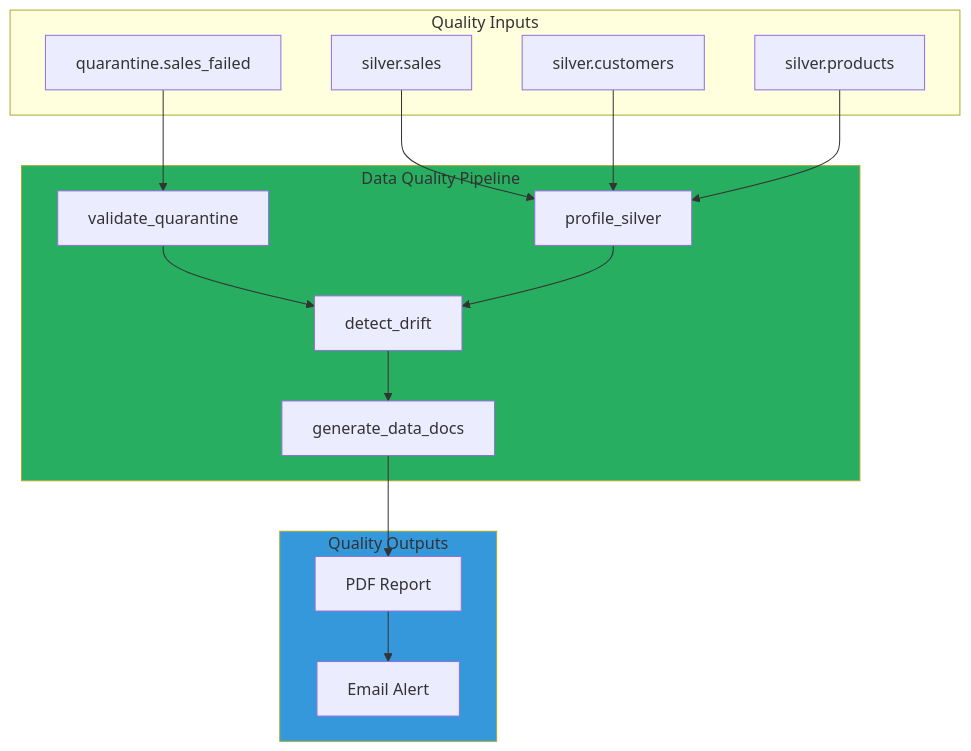
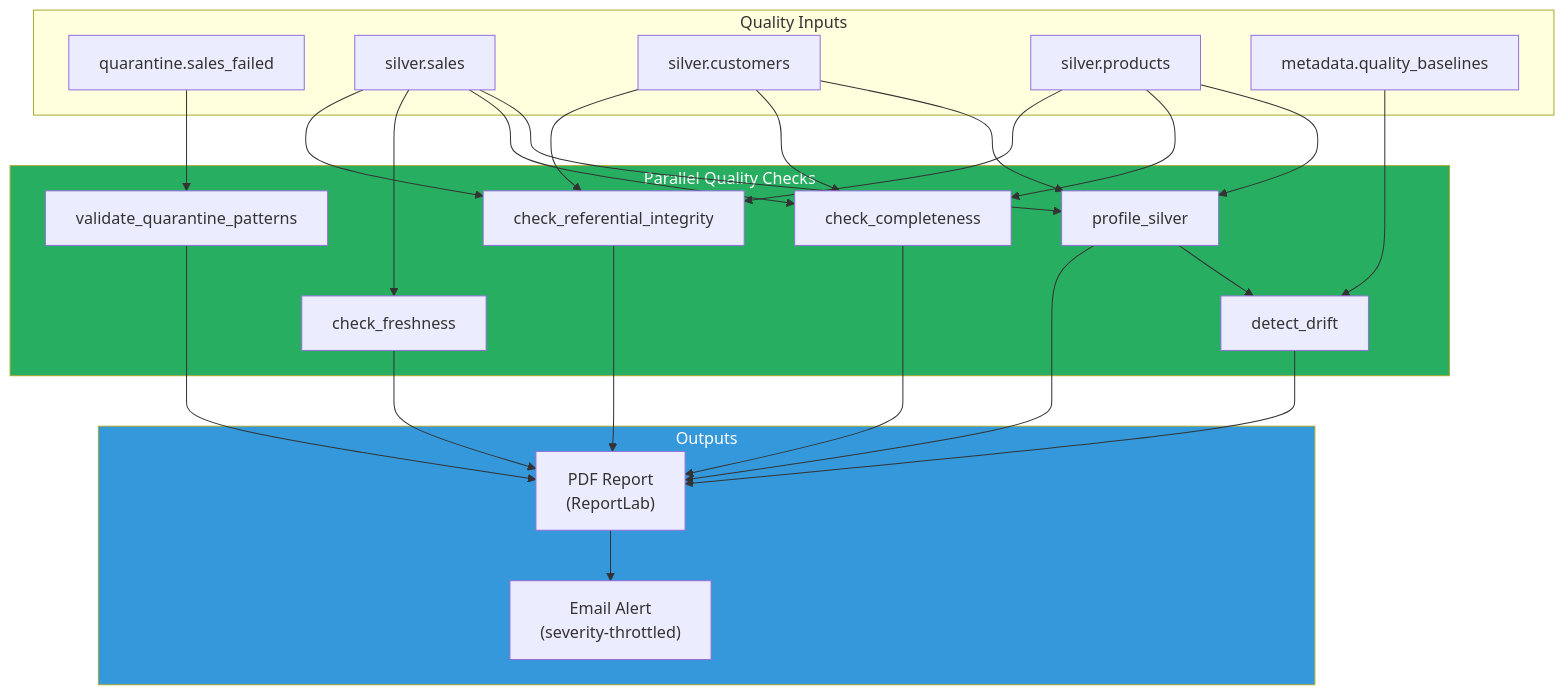
Before and after one commit to Airlectric/Amalitech_CI-CD-and-Workflow-Automation_Mini-Data-Mart: the third of 6 diagrams in docs/architecture/architecture.md, drawn with Mermaid. The commit also changed other lines of this file and 19 other files, not shown here.

````diff
--- a/docs/architecture/architecture.md
+++ b/docs/architecture/architecture.md
@@ -228,34 +129,37 @@
 ```mermaid
 flowchart TB
-    subgraph Input["Quality Inputs"]
-        Q[quarantine.sales_failed]
-        S[silver.sales]
-        C[silver.customers]
-        P[silver.products]
+    subgraph Inputs["Quality Inputs"]
+        QT["quarantine.sales_failed"]
+        SS["silver.sales"]
+        SC["silver.customers"]
+        SP["silver.products"]
+        BL["metadata.quality_baselines"]
     end
 
-    subgraph Quality["Data Quality Pipeline"]
-        V[validate_quarantine]
-        Pr[profile_silver]
-        D[detect_drift]
-        G[generate_data_docs]
+    subgraph Checks["Parallel Quality Checks"]
+        C1["validate_quarantine_patterns"]
+        C2["profile_silver"]
+        C3["detect_drift"]
+        C4["check_completeness"]
+        C5["check_freshness"]
+        C6["check_referential_integrity"]
     end
 
-    subgraph Output["Quality Outputs"]
-        PDF[PDF Report]
-        Email[Email Alert]
+    subgraph Output["Outputs"]
+        PDF["PDF Report<br/>(ReportLab)"]
+        Email["Email Alert<br/>(severity-throttled)"]
     end
 
-    Q --> V
-    S --> Pr
-    C --> Pr
-    P --> Pr
-    V --> D
-    Pr --> D
-    D --> G
-    G --> PDF
-    PDF --> Email
+    QT --> C1
+    SS & SC & SP --> C2
+    C2 --> C3
+    BL --> C3
+    SS & SC & SP --> C4
+    SS --> C5
+    SS & SC & SP --> C6
 
-    style Quality fill:#27AE60
-    style Output fill:#3498DB
+    C1 & C2 & C3 & C4 & C5 & C6 --> PDF --> Email
+
+    style Checks fill:#27AE60,color:#fff
+    style Output fill:#3498DB,color:#fff
 ```
````
